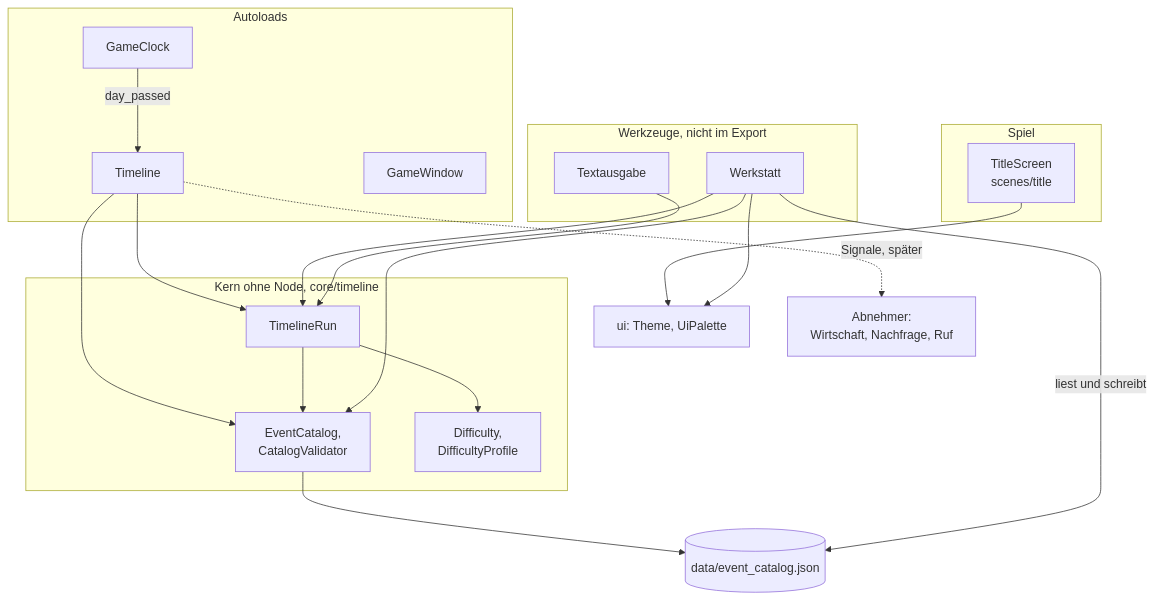
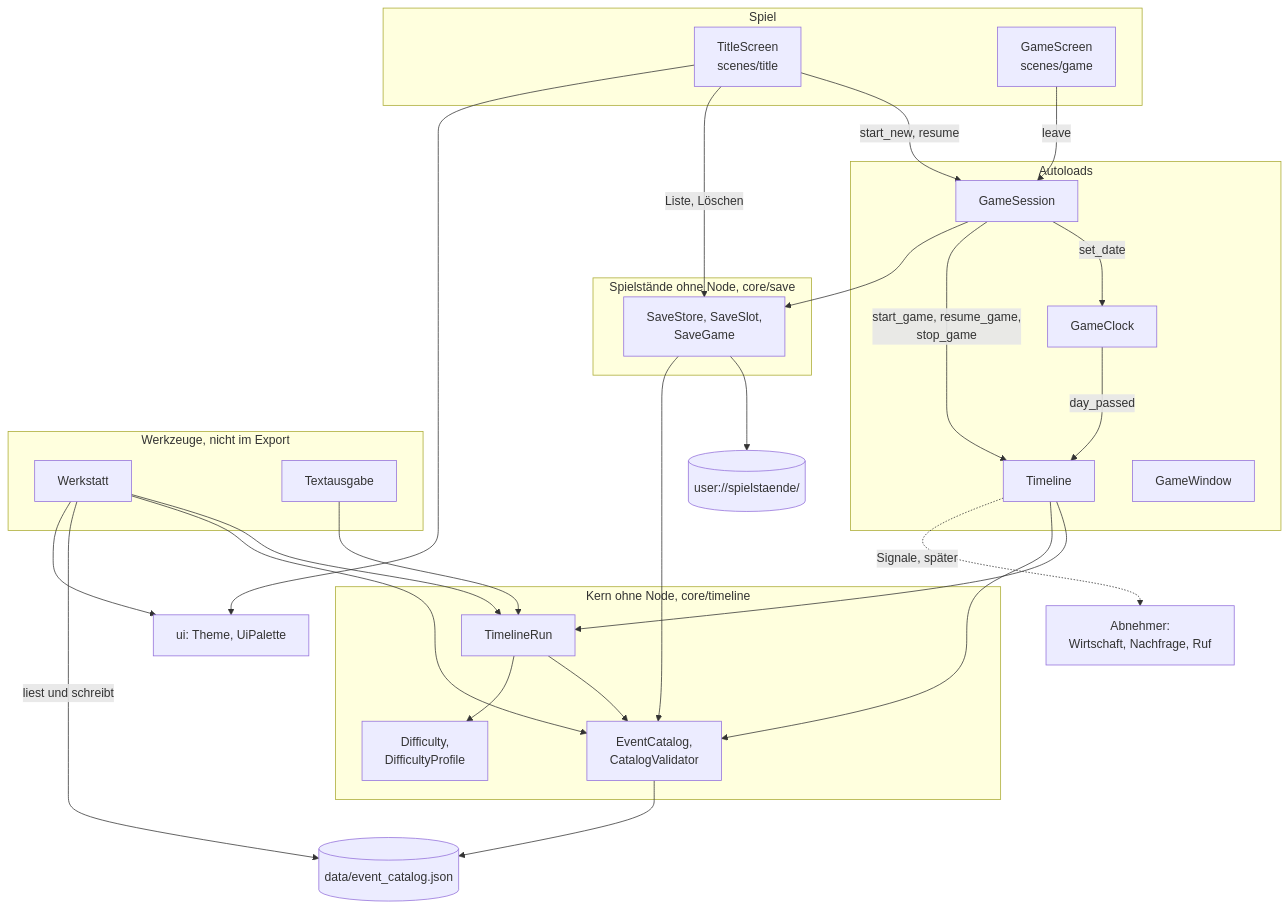
The diagram in docs/spielbeschreibung/architektur.md (klausmoster/DerComputerladen), drawn with Mermaid before and after one commit. The commit also changed other lines of this file and 12 other files, not shown here.

````diff
--- a/docs/spielbeschreibung/architektur.md
+++ b/docs/spielbeschreibung/architektur.md
@@ -38,35 +40,49 @@
 ```mermaid
 flowchart TB
     subgraph spiel["Spiel"]
         TS["TitleScreen<br/>scenes/title"]
+        GS["GameScreen<br/>scenes/game"]
     end
     subgraph autoloads["Autoloads"]
         GC["GameClock"]
         TL["Timeline"]
         GW["GameWindow"]
+        SE["GameSession"]
+    end
+    subgraph save["Spielstände ohne Node, core/save"]
+        ST["SaveStore, SaveSlot,<br/>SaveGame"]
     end
     subgraph kern["Kern ohne Node, core/timeline"]
         RUN["TimelineRun"]
         CAT["EventCatalog,<br/>CatalogValidator"]
         DIF["Difficulty,<br/>DifficultyProfile"]
     end
     subgraph werkzeuge["Werkzeuge, nicht im Export"]
         WS["Werkstatt"]
         TA["Textausgabe"]
     end
     DATA[("data/event_catalog.json")]
+    SAVES[("user://spielstaende/")]
     UI["ui: Theme, UiPalette"]
+    TS -->|"start_new, resume"| SE
+    GS -->|"leave"| SE
+    TS -->|"Liste, Löschen"| ST
+    SE -->|"set_date"| GC
+    SE -->|"start_game, resume_game,<br/>stop_game"| TL
+    SE --> ST
+    ST --> SAVES
+    ST --> CAT
     GC -->|"day_passed"| TL
     TL --> RUN
     TL --> CAT
     RUN --> CAT
     RUN --> DIF
     CAT --> DATA
     WS --> RUN
     WS --> CAT
     WS -->|"liest und schreibt"| DATA
     TA --> RUN
     TS --> UI
     WS --> UI
     TL -.->|"Signale, später"| ABN["Abnehmer:<br/>Wirtschaft, Nachfrage, Ruf"]
 ```
````
